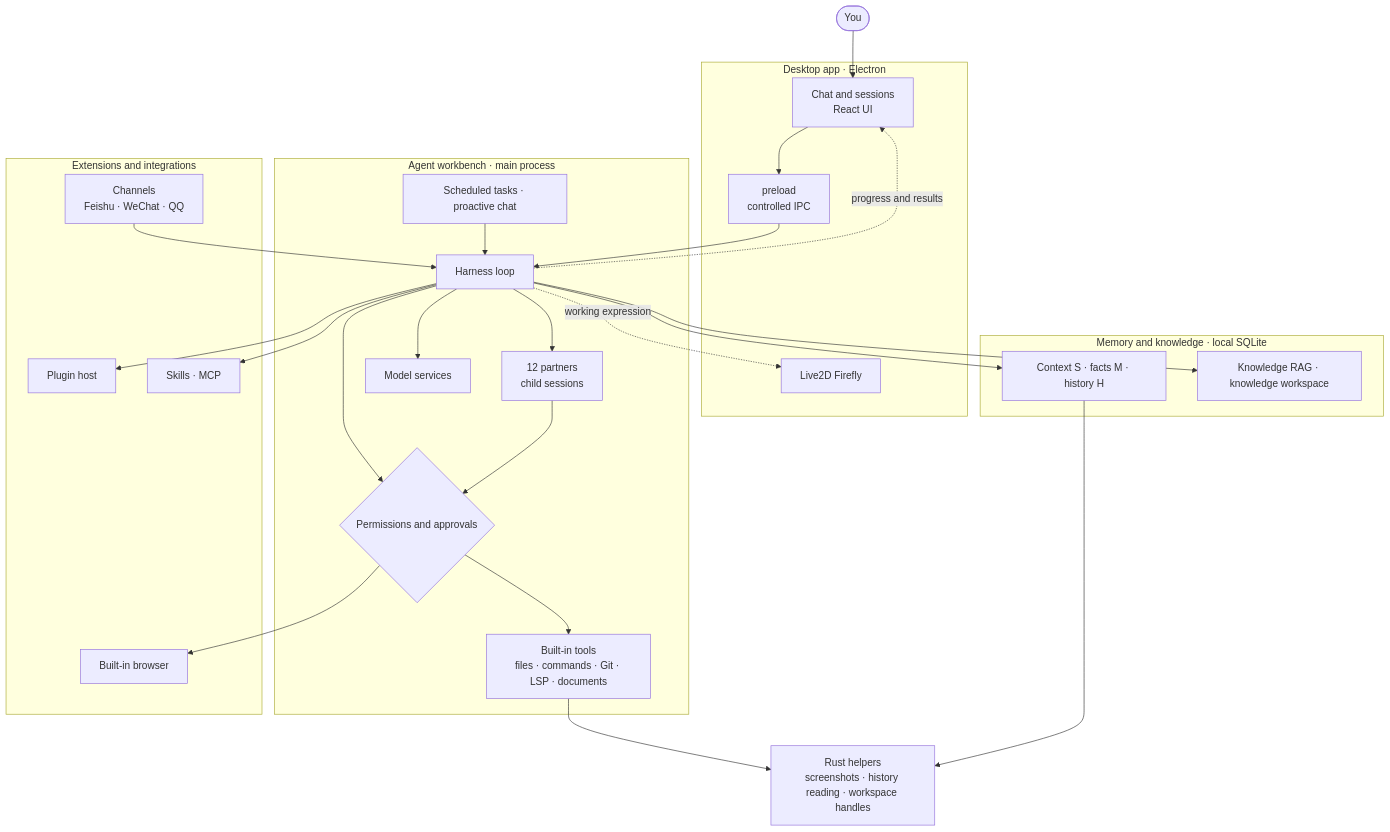
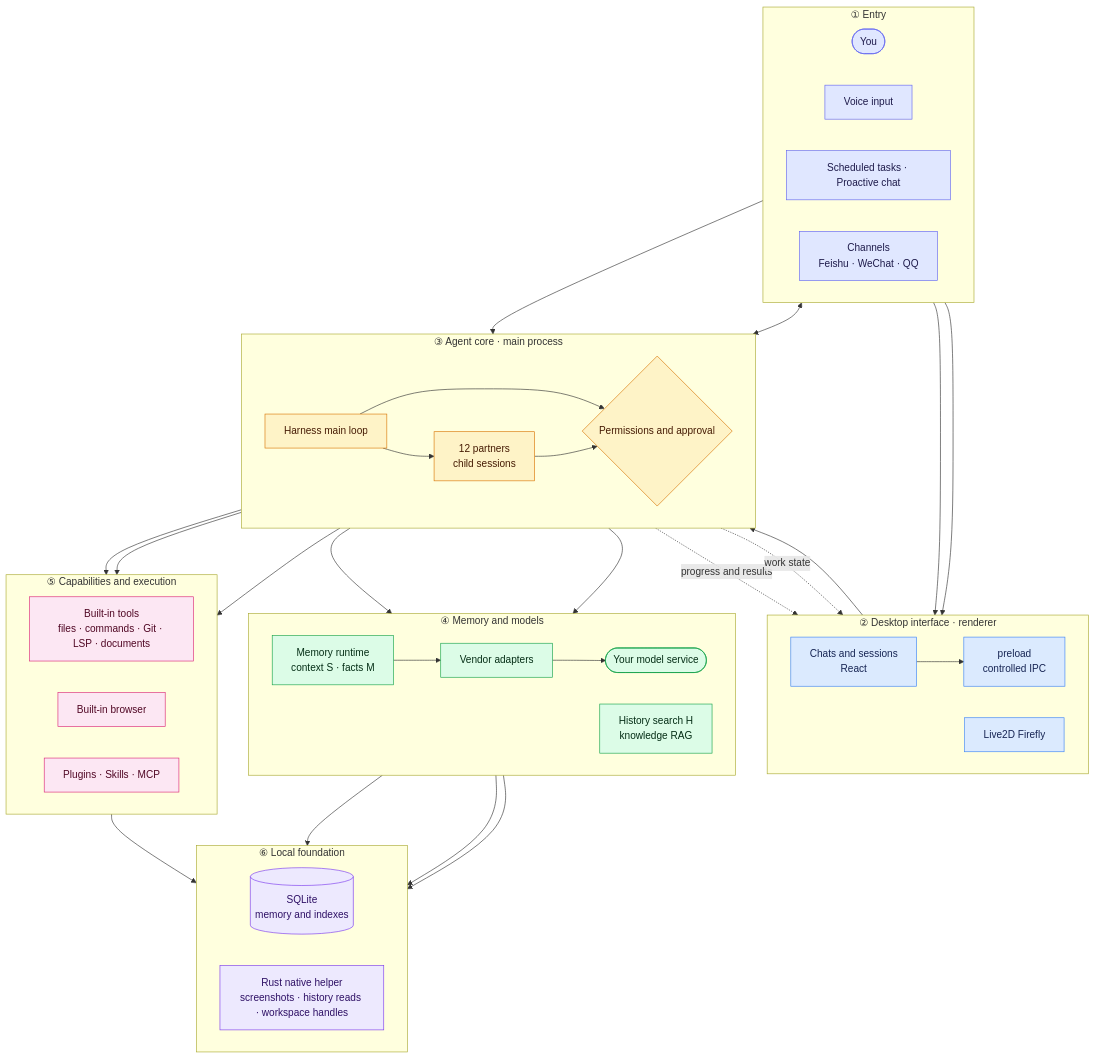
Before and after one commit to Firefly-0423/Firefly-Agent: the diagram in README.en.md, drawn with Mermaid. The commit also changed other lines of this file and 11 other files, not shown here.

````diff
--- a/README.en.md
+++ b/README.en.md
@@ -128,46 +138,73 @@
 ```mermaid
 flowchart TB
-  user(["You"])
-  subgraph app["Desktop app · Electron"]
-    ui["Chat and sessions<br/>React UI"]
-    live2d["Live2D Firefly"]
-    bridge["preload<br/>controlled IPC"]
-  end
-  subgraph core["Agent workbench · main process"]
-    harness["Harness loop"]
-    partners["12 partners<br/>child sessions"]
-    perm{"Permissions and approvals"}
-    tools["Built-in tools<br/>files · commands · Git · LSP · documents"]
-    models["Model services"]
-    triggers["Scheduled tasks · proactive chat"]
-  end
-  subgraph memory["Memory and knowledge · local SQLite"]
-    mem["Context S · facts M · history H"]
-    rag["Knowledge RAG · knowledge workspace"]
-  end
-  subgraph ext["Extensions and integrations"]
-    browser["Built-in browser"]
-    plugins["Plugin host"]
-    skills["Skills · MCP"]
+  subgraph L1["① Entry"]
+    direction LR
+    user(["You"])
+    voice["Voice input"]
+    timers["Scheduled tasks · Proactive chat"]
     channels["Channels<br/>Feishu · WeChat · QQ"]
   end
-  native["Rust helpers<br/>screenshots · history reading · workspace handles"]
+  subgraph L2["② Desktop interface · renderer"]
+    direction LR
+    ui["Chats and sessions<br/>React"]
+    live2d["Live2D Firefly"]
+    ipc["preload<br/>controlled IPC"]
+  end
+  subgraph L3["③ Agent core · main process"]
+    direction LR
+    harness["Harness main loop"]
+    partners["12 partners<br/>child sessions"]
+    perm{"Permissions and approval"}
+  end
+  subgraph L4["④ Memory and models"]
+    direction LR
+    context["Memory runtime<br/>context S · facts M"]
+    recall["History search H<br/>knowledge RAG"]
+    vendors["Vendor adapters"]
+    models(["Your model service"])
+  end
+  subgraph L5["⑤ Capabilities and execution"]
+    direction LR
+    tools["Built-in tools<br/>files · commands · Git · LSP · documents"]
+    browser["Built-in browser"]
+    extensions["Plugins · Skills · MCP"]
+  end
+  subgraph L6["⑥ Local foundation"]
+    direction LR
+    store[("SQLite<br/>memory and indexes")]
+    native["Rust native helper<br/>screenshots · history reads · workspace handles"]
+  end
 
-  user --> ui --> bridge --> harness
-  triggers --> harness
-  channels --> harness
-  harness --> models
+  user --> ui
+  voice --> ui
+  ui --> ipc --> harness
+  timers --> harness
+  channels <--> harness
   harness --> partners
+  harness --> context --> vendors --> models
+  harness --> recall
   harness --> perm
   partners --> perm
   perm --> tools
   perm --> browser
-  harness --> mem
-  harness --> rag
-  harness --> plugins
-  harness --> skills
+  perm --> extensions
+  context --> store
+  recall --> store
+  recall --> native
   tools --> native
-  mem --> native
   harness -. "progress and results" .-> ui
-  harness -. "working expression" .-> live2d
+  harness -. "work state" .-> live2d
+
+  classDef entry fill:#e0e7ff,stroke:#6366f1,color:#1e1b4b
+  classDef face fill:#dbeafe,stroke:#3b82f6,color:#172554
+  classDef core fill:#fef3c7,stroke:#d97706,color:#451a03
+  classDef mind fill:#dcfce7,stroke:#16a34a,color:#052e16
+  classDef act fill:#fce7f3,stroke:#db2777,color:#500724
+  classDef base fill:#ede9fe,stroke:#7c3aed,color:#2e1065
+  class user,voice,timers,channels entry
+  class ui,live2d,ipc face
+  class harness,partners,perm core
+  class context,recall,vendors,models mind
+  class tools,browser,extensions act
+  class store,native base
 ```
````
